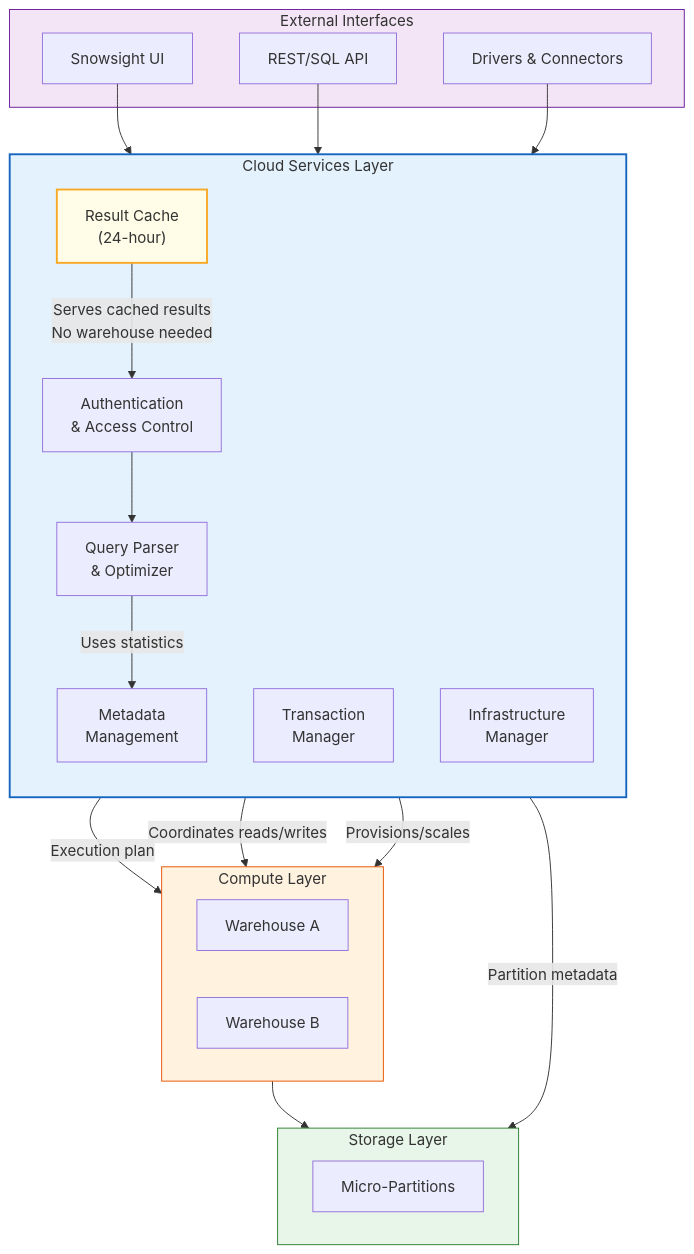
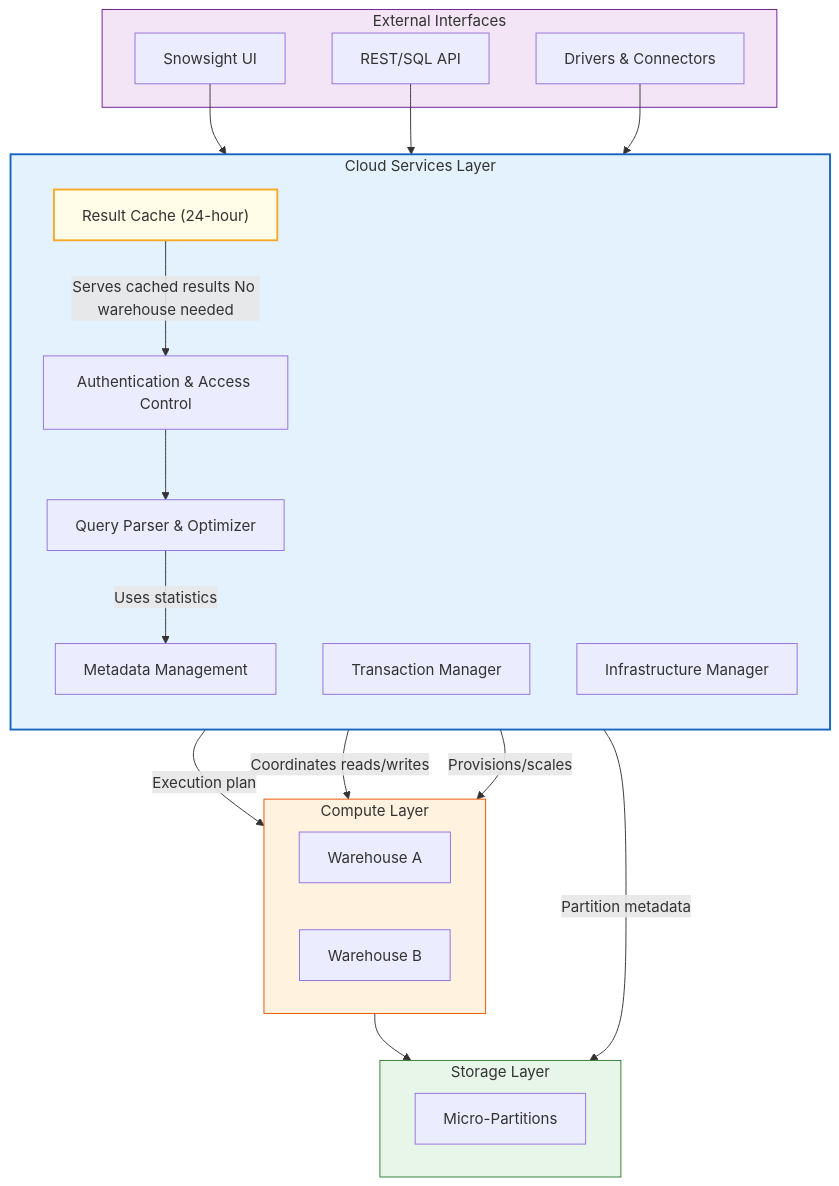
One commit to harishupadrasta/snowPro-Core changed the diagram in 1_Snowflake_AI_Data_Cloud_Features_and_Architecture/1.2_Cloud_Services_Layer.md. Above: the diagram before and after it, drawn with Mermaid. The commit also changed 16 other files, not shown here.

First line of the commit message:
Fix mermaid diagrams: replace <br/> with spaces for GitHub rendering

````diff
--- a/1_Snowflake_AI_Data_Cloud_Features_and_Architecture/1.2_Cloud_Services_Layer.md
+++ b/1_Snowflake_AI_Data_Cloud_Features_and_Architecture/1.2_Cloud_Services_Layer.md
@@ -47,47 +47,47 @@
 ```mermaid
 graph TB
     subgraph CSL["Cloud Services Layer"]
         direction TB
-        AUTH["Authentication<br/>& Access Control"]
-        META["Metadata<br/>Management"]
-        OPT["Query Parser<br/>& Optimizer"]
-        TXN["Transaction<br/>Manager"]
-        INFRA["Infrastructure<br/>Manager"]
-        RC["Result Cache<br/>(24-hour)"]
+        AUTH["Authentication & Access Control"]
+        META["Metadata Management"]
+        OPT["Query Parser & Optimizer"]
+        TXN["Transaction Manager"]
+        INFRA["Infrastructure Manager"]
+        RC["Result Cache (24-hour)"]
     end
 
     subgraph EXT["External Interfaces"]
         UI["Snowsight UI"]
         API["REST/SQL API"]
         CONN["Drivers & Connectors"]
     end
 
     subgraph COMPUTE["Compute Layer"]
         WH1["Warehouse A"]
         WH2["Warehouse B"]
     end
 
     subgraph STORAGE["Storage Layer"]
         MP["Micro-Partitions"]
     end
 
     UI --> AUTH
     API --> AUTH
     CONN --> AUTH
 
     AUTH --> OPT
     OPT -->|"Uses statistics"| META
     OPT -->|"Execution plan"| COMPUTE
     META -->|"Partition metadata"| STORAGE
     TXN -->|"Coordinates reads/writes"| COMPUTE
     INFRA -->|"Provisions/scales"| COMPUTE
-    RC -->|"Serves cached results<br/>No warehouse needed"| AUTH
+    RC -->|"Serves cached results No warehouse needed"| AUTH
 
     COMPUTE --> STORAGE
 
     style CSL fill:#E3F2FD,stroke:#1565C0,stroke-width:2px
     style EXT fill:#F3E5F5,stroke:#6A1B9A,stroke-width:1px
     style COMPUTE fill:#FFF3E0,stroke:#E65100,stroke-width:1px
     style STORAGE fill:#E8F5E9,stroke:#2E7D32,stroke-width:1px
     style RC fill:#FFFDE7,stroke:#F9A825,stroke-width:2px
 ```
````
